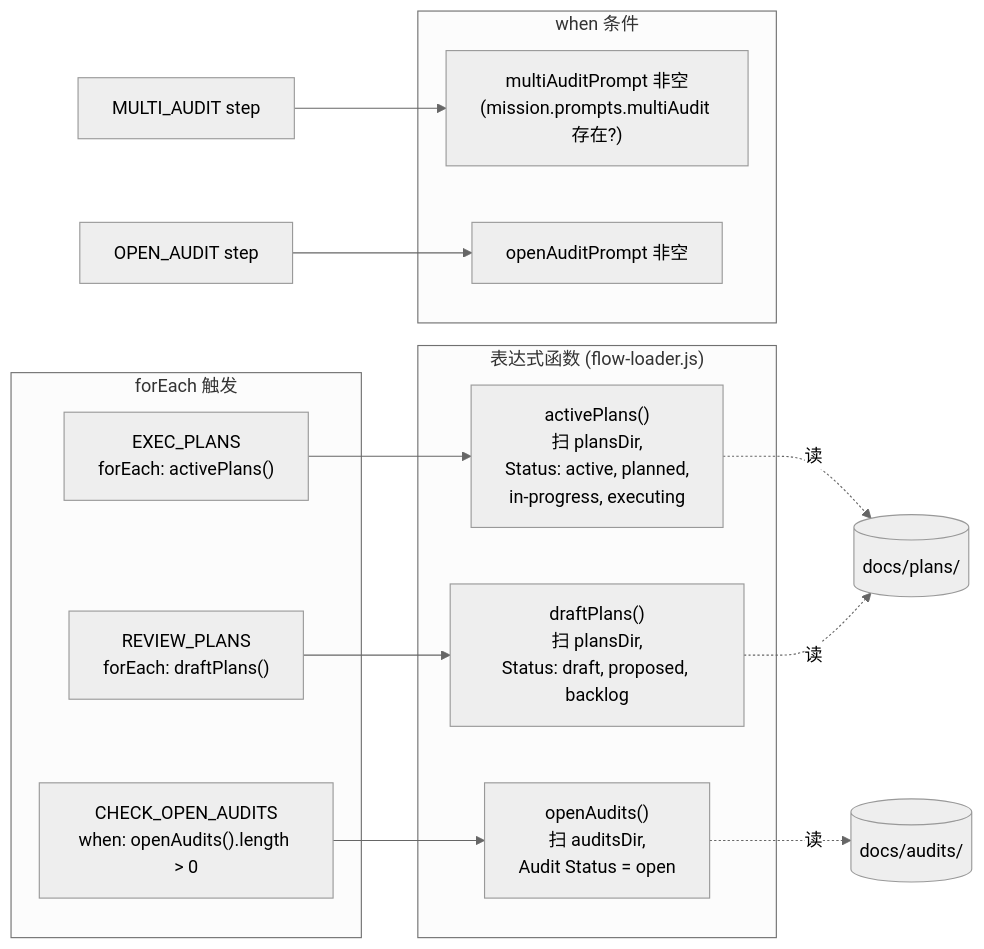
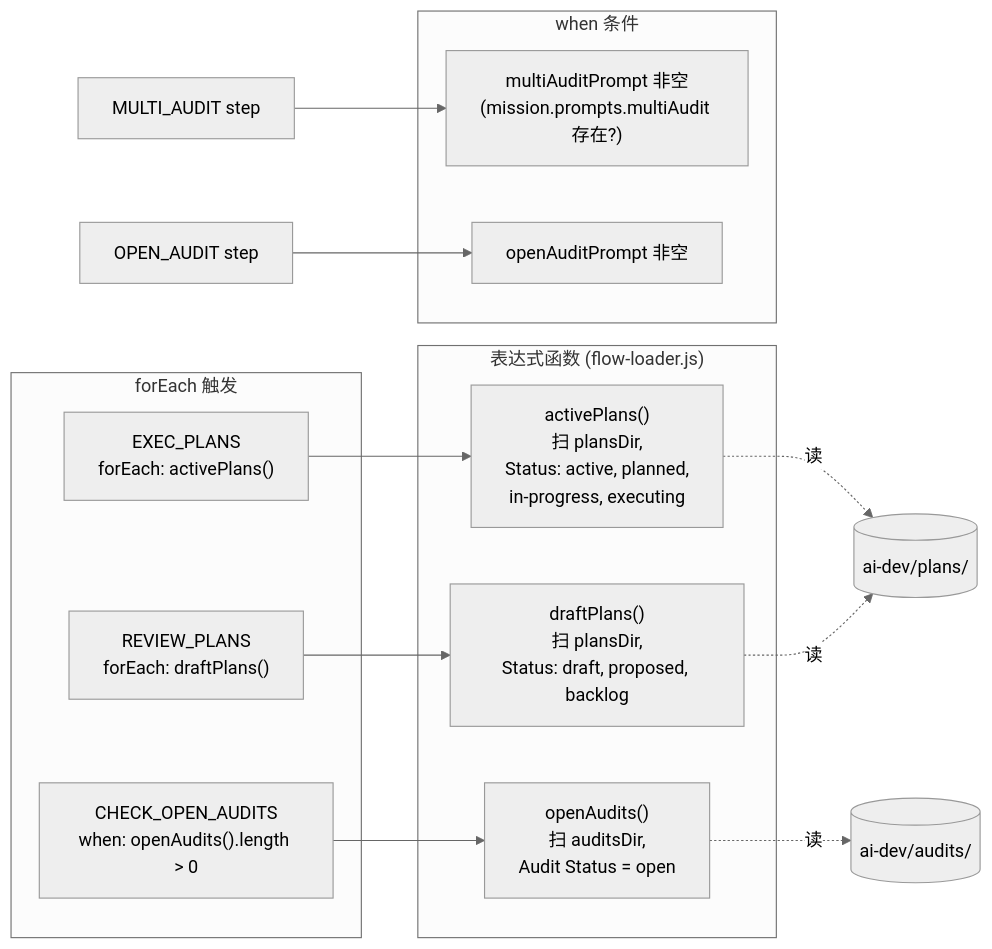
One commit to entropy-cloud/nop-entropy changed the tenth of 10 diagrams in tools/mission-driver/EXECUTION-PRINCIPLE.md. Above: the diagram before and after it, drawn with Mermaid (neutral theme). The commit also changed other lines of this file and 15 other files, not shown here.

````diff
--- a/tools/mission-driver/EXECUTION-PRINCIPLE.md
+++ b/tools/mission-driver/EXECUTION-PRINCIPLE.md
@@ -540,29 +540,29 @@
 ```mermaid
 flowchart LR
     subgraph "forEach 触发"
         E1["EXEC_PLANS<br/>forEach: activePlans()"]
         E2["REVIEW_PLANS<br/>forEach: draftPlans()"]
         E3["CHECK_OPEN_AUDITS<br/>when: openAudits().length > 0"]
     end
 
     subgraph "表达式函数 (flow-loader.js)"
         F1["activePlans()<br/>扫 plansDir,<br/>Status: active, planned,<br/>in-progress, executing"]
         F2["draftPlans()<br/>扫 plansDir,<br/>Status: draft, proposed, backlog"]
         F3["openAudits()<br/>扫 auditsDir,<br/>Audit Status = open"]
     end
 
     subgraph "when 条件"
         W1["multiAuditPrompt 非空<br/>(mission.prompts.multiAudit 存在?)"]
         W2["openAuditPrompt 非空"]
     end
 
     E1 --> F1
     E2 --> F2
     E3 --> F3
     MULTI["MULTI_AUDIT step"] --> W1
     OPEN["OPEN_AUDIT step"] --> W2
 
-    F1 -.读.-> PLANS[("docs/plans/")]
+    F1 -.读.-> PLANS[("ai-dev/plans/")]
     F2 -.读.-> PLANS
-    F3 -.读.-> AUDITS[("docs/audits/")]
+    F3 -.读.-> AUDITS[("ai-dev/audits/")]
 ```
````
